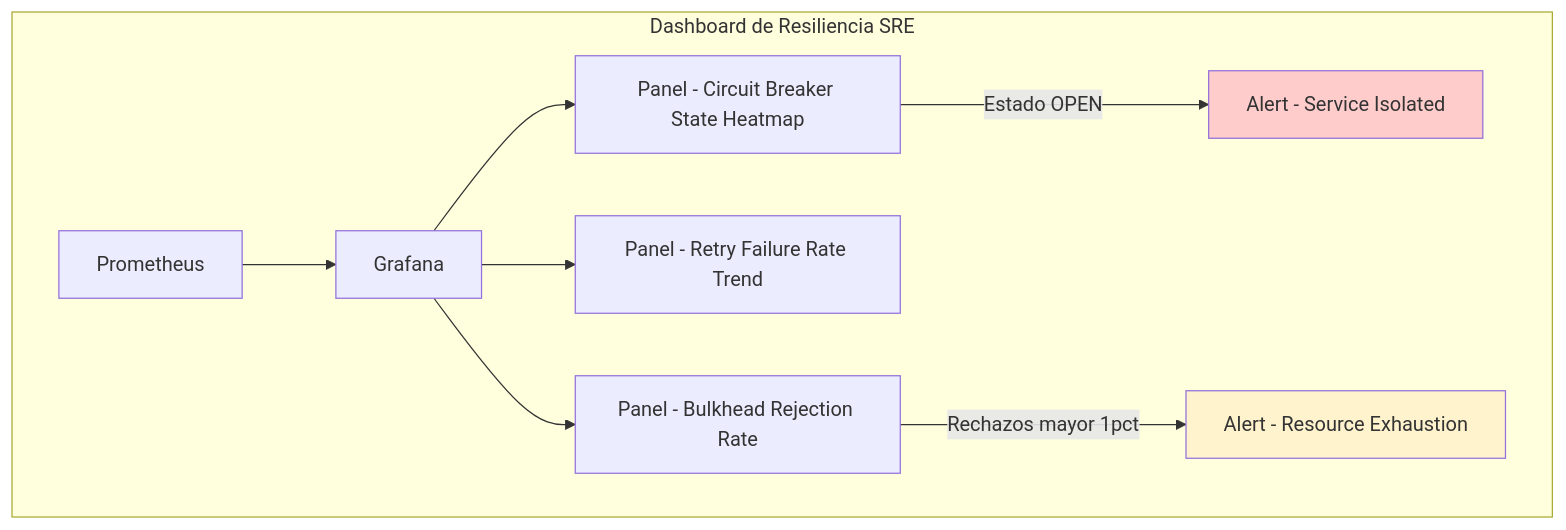
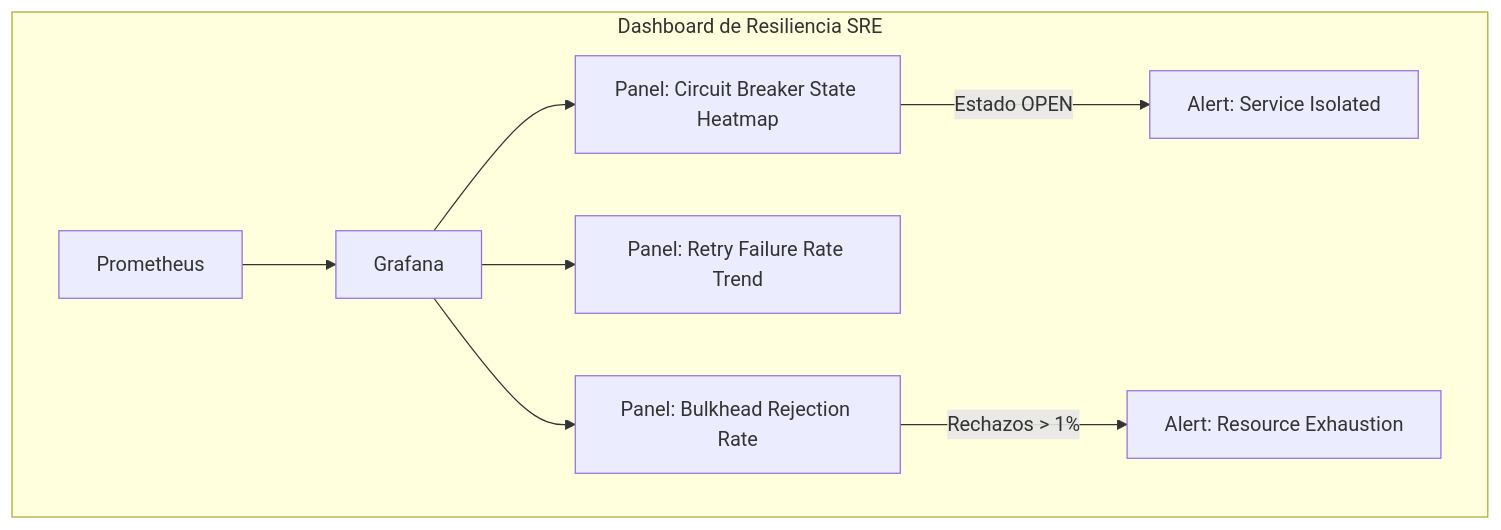
Before and after one commit to Joaquinriosheredia/DAM-Java-Mastery: the fourth of 5 diagrams in 03_Spring_Ecosystem/resilience4j_circuit_breaker_retry_bulkhead_spring_boot_3_STAFF.md, drawn with Mermaid. The commit also changed other lines of this file, not shown here.

Commit message:
resilience4j_circuit_breaker_retry_bulkhead_spring_boot_3_STAFF.md

````diff
--- a/03_Spring_Ecosystem/resilience4j_circuit_breaker_retry_bulkhead_spring_boot_3_STAFF.md
+++ b/03_Spring_Ecosystem/resilience4j_circuit_breaker_retry_bulkhead_spring_boot_3_STAFF.md
@@ -477,15 +375,12 @@
 ```mermaid
 graph TD
     subgraph "Dashboard de Resiliencia SRE"
         PROM[Prometheus] --> GRAF[Grafana]
-        GRAF --> PANEL1[Panel - Circuit Breaker State Heatmap]
-        GRAF --> PANEL2[Panel - Retry Failure Rate Trend]
-        GRAF --> PANEL3[Panel - Bulkhead Rejection Rate]
+        GRAF --> PANEL1[Panel: Circuit Breaker State Heatmap]
+        GRAF --> PANEL2[Panel: Retry Failure Rate Trend]
+        GRAF --> PANEL3[Panel: Bulkhead Rejection Rate]
         
-        PANEL1 -->|Estado OPEN| ALERT_CB[Alert - Service Isolated]
-        PANEL3 -->|Rechazos mayor 1pct| ALERT_BH[Alert - Resource Exhaustion]
+        PANEL1 -->|Estado OPEN| ALERT_CB[Alert: Service Isolated]
+        PANEL3 -->|Rechazos > 1%| ALERT_BH[Alert: Resource Exhaustion]
     end
-    
-    style ALERT_CB fill:#ffcccc
-    style ALERT_BH fill:#fff3cd
 ```
````
